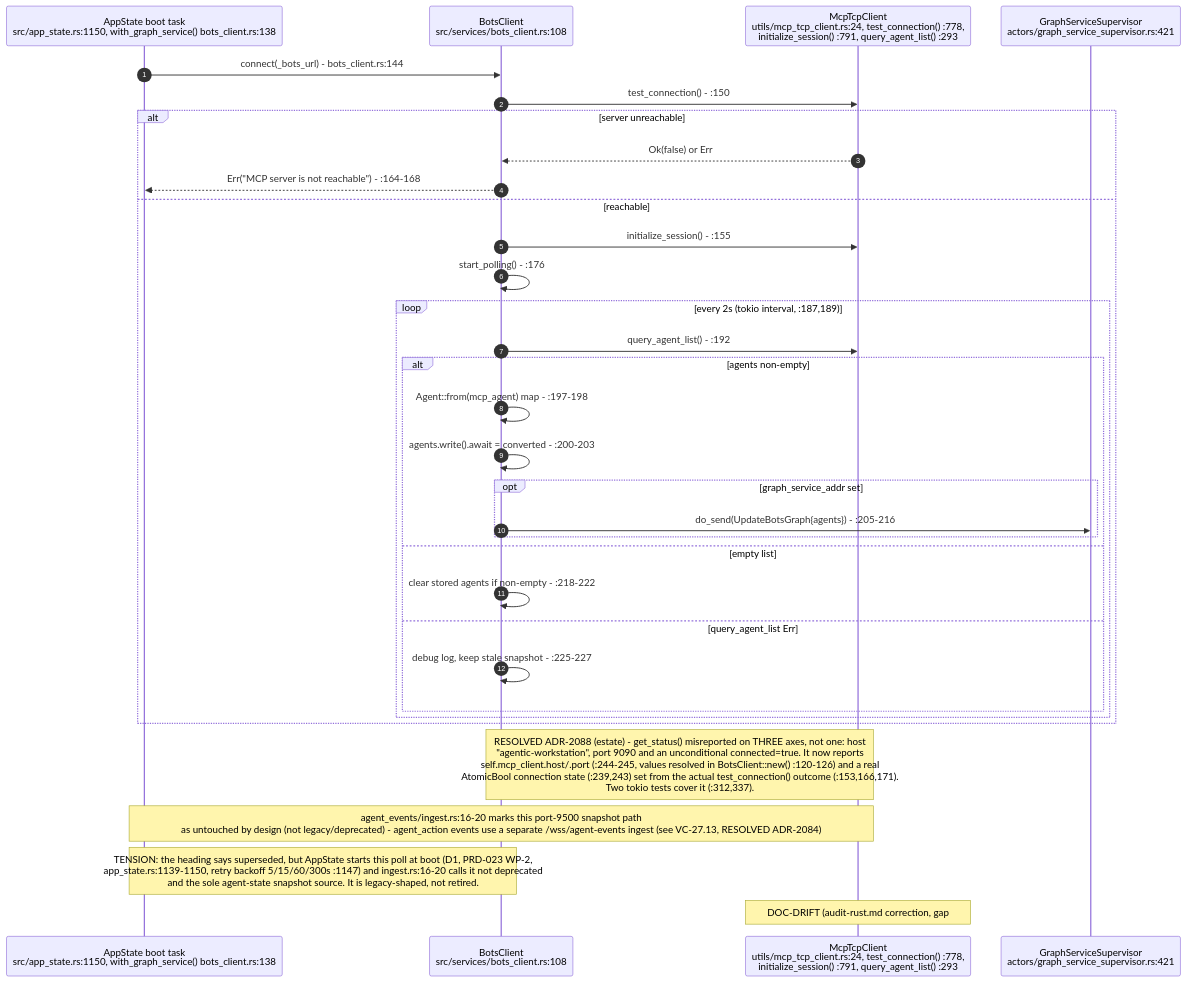
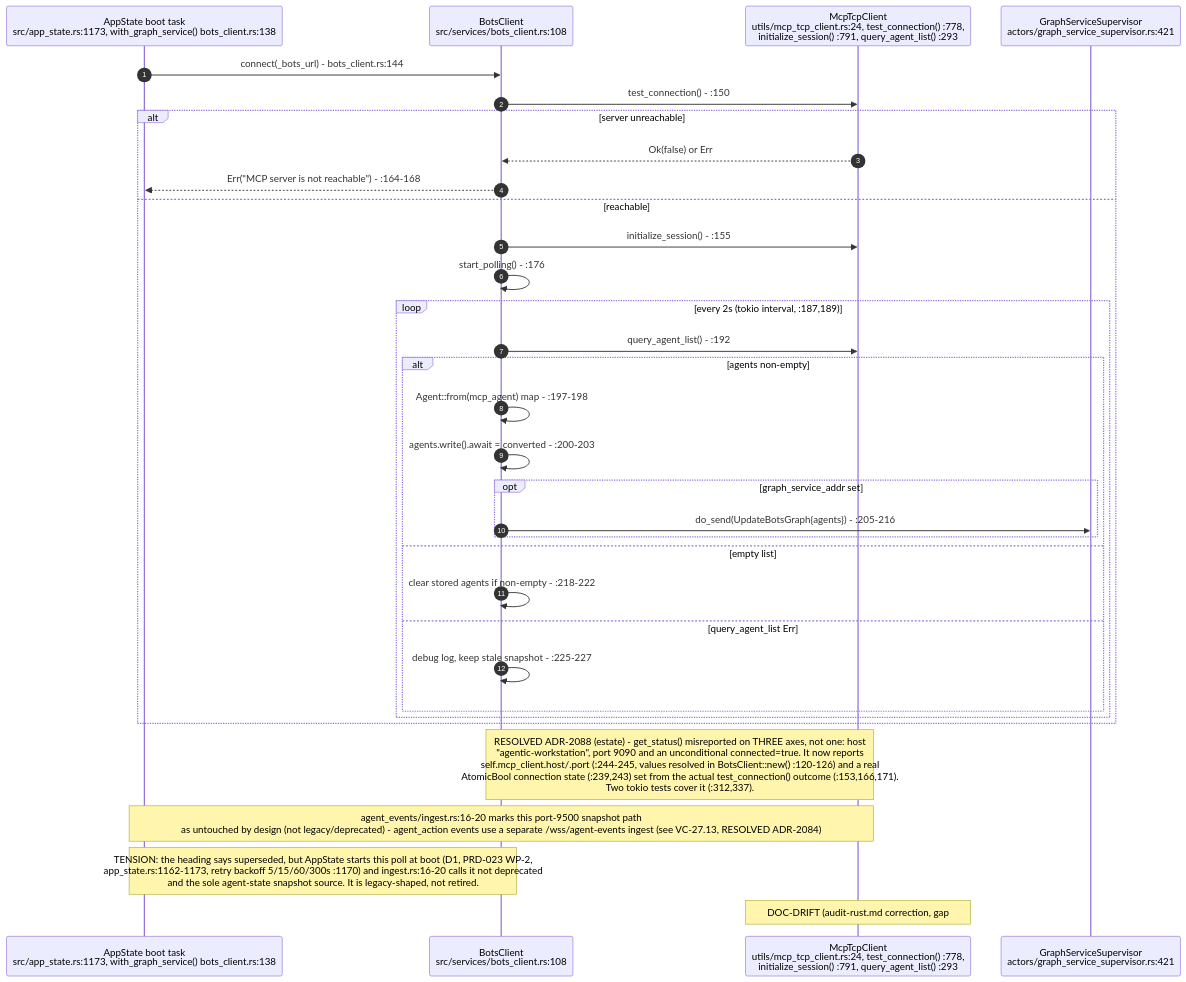
One commit to DreamLab-AI/VisionFlow changed the first of 11 diagrams in docs/diagrams/visionclaw/27-agent-integration-mcp-relay.md. Above: the diagram before and after it, drawn with Mermaid. The commit also changed other lines of this file and 154 other files, not shown here.

First line of the commit message:
docs(diagrams): re-stamp 154 topics whose every citation still reads the same text at the current heads

````diff
--- a/docs/diagrams/visionclaw/27-agent-integration-mcp-relay.md
+++ b/docs/diagrams/visionclaw/27-agent-integration-mcp-relay.md
@@ -51,36 +51,36 @@
 ```mermaid
 sequenceDiagram
     autonumber
-    participant Caller as AppState boot task<br/>src/app_state.rs:1150, with_graph_service() bots_client.rs:138
+    participant Caller as AppState boot task<br/>src/app_state.rs:1173, with_graph_service() bots_client.rs:138
     participant BC as BotsClient<br/>src/services/bots_client.rs:108
     participant MCP as McpTcpClient<br/>utils/mcp_tcp_client.rs:24, test_connection() :778,<br/>initialize_session() :791, query_agent_list() :293
     participant GSS as GraphServiceSupervisor<br/>actors/graph_service_supervisor.rs:421
 
     Caller->>BC: connect(_bots_url) - bots_client.rs:144
     BC->>MCP: test_connection() - :150
     alt server unreachable
         MCP-->>BC: Ok(false) or Err
         BC-->>Caller: Err("MCP server is not reachable") - :164-168
     else reachable
         BC->>MCP: initialize_session() - :155
         BC->>BC: start_polling() - :176
         loop every 2s (tokio interval, :187,189)
             BC->>MCP: query_agent_list() - :192
             alt agents non-empty
                 BC->>BC: Agent::from(mcp_agent) map - :197-198
                 BC->>BC: agents.write().await = converted - :200-203
                 opt graph_service_addr set
                     BC->>GSS: do_send(UpdateBotsGraph{agents}) - :205-216
                 end
             else empty list
                 BC->>BC: clear stored agents if non-empty - :218-222
             else query_agent_list Err
                 BC->>BC: debug log, keep stale snapshot - :225-227
             end
         end
     end
     Note over BC,MCP: RESOLVED ADR-2088 (estate) - get_status() misreported on THREE axes, not one: host<br/>"agentic-workstation", port 9090 and an unconditional connected=true. It now reports<br/>self.mcp_client.host/.port (:244-245, values resolved in BotsClient::new() :120-126) and a real<br/>AtomicBool connection state (:239,243) set from the actual test_connection() outcome (:153,166,171).<br/>Two tokio tests cover it (:312,337).
     Note over Caller,MCP: agent_events/ingest.rs:16-20 marks this port-9500 snapshot path<br/>as untouched by design (not legacy/deprecated) - agent_action events use a separate /wss/agent-events ingest (see VC-27.13, RESOLVED ADR-2084)
-    Note over Caller,BC: TENSION: the heading says superseded, but AppState starts this poll at boot (D1, PRD-023 WP-2,<br/>app_state.rs:1139-1150, retry backoff 5/15/60/300s :1147) and ingest.rs:16-20 calls it not deprecated<br/>and the sole agent-state snapshot source. It is legacy-shaped, not retired.
+    Note over Caller,BC: TENSION: the heading says superseded, but AppState starts this poll at boot (D1, PRD-023 WP-2,<br/>app_state.rs:1162-1173, retry backoff 5/15/60/300s :1170) and ingest.rs:16-20 calls it not deprecated<br/>and the sole agent-state snapshot source. It is legacy-shaped, not retired.
     Note over MCP: DOC-DRIFT (audit-rust.md correction, gap #2): a SECOND file also named mcp_tcp_client.rs<br/>exists at src/client/mcp_tcp_client.rs, defining McpTelemetryClient (struct src/client/mcp_tcp_client.rs:10,<br/>impl :17). grep confirms it is dead - src/client/mod.rs:1,3 declares and re-exports it but nothing else in<br/>src/ constructs or calls it. The live MCP-TCP hop is exclusively utils/mcp_tcp_client.rs::McpTcpClient<br/>shown above (used by bots_client.rs, ontology_class_index.rs, multi_mcp_agent_discovery.rs,<br/>the analytics anomaly/clustering handlers and bin/test_mcp_connection.rs)
 ```
````
